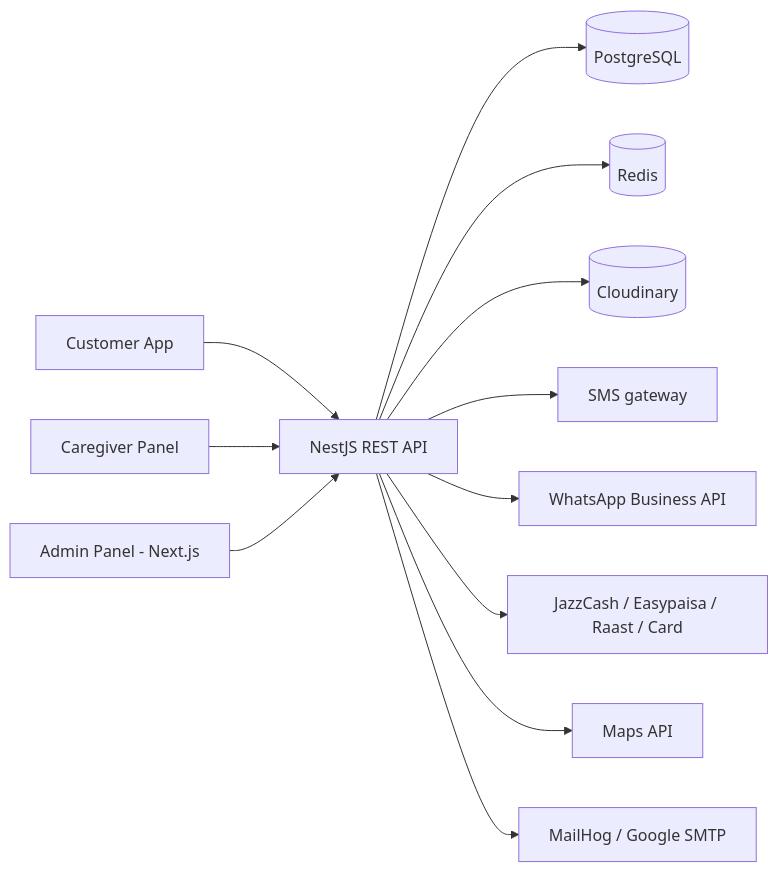
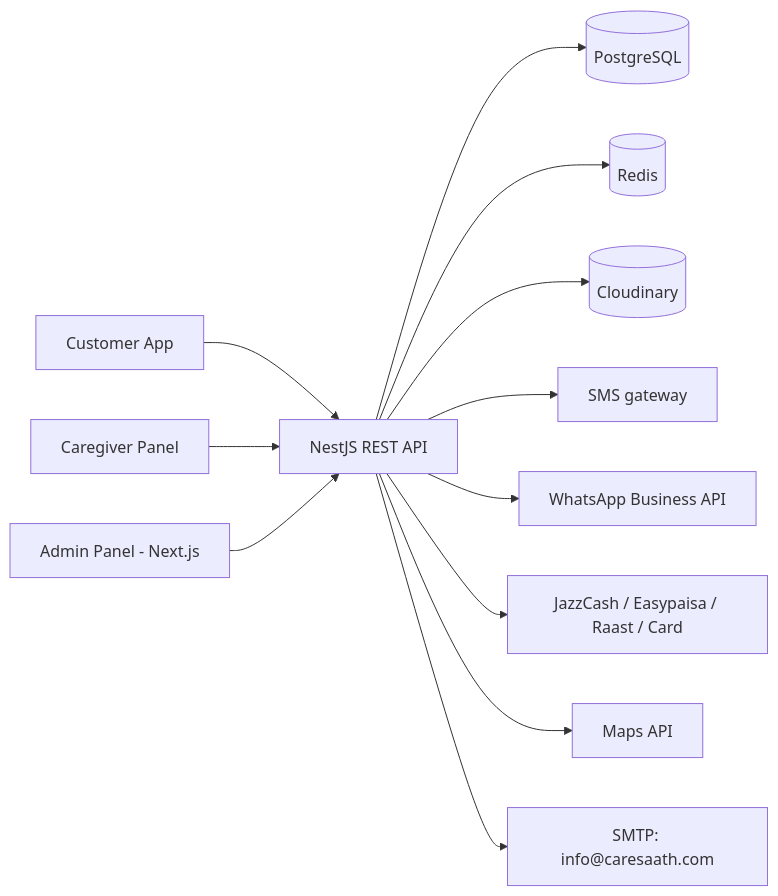
The first of 2 diagrams in docs/CARESAATH_TRD.md (ddesignagencyco/CareSaath), drawn with Mermaid before and after one commit. The commit also changed other lines of this file and 29 other files, not shown here.

````diff
--- a/docs/CARESAATH_TRD.md
+++ b/docs/CARESAATH_TRD.md
@@ -48,14 +47,14 @@
 ```mermaid
 flowchart LR
     CA[Customer App] --> API
     CG[Caregiver Panel] --> API
     AD[Admin Panel - Next.js] --> API
     API[NestJS REST API] --> PG[(PostgreSQL)]
     API --> RD[(Redis)]
     API --> MN[(Cloudinary)]
     API --> SMS[SMS gateway]
     API --> WA[WhatsApp Business API]
     API --> PAY[JazzCash / Easypaisa / Raast / Card]
     API --> MAP[Maps API]
-    API --> MH[MailHog / Google SMTP]
+    API --> MH[SMTP: info@caresaath.com]
 ```
````
